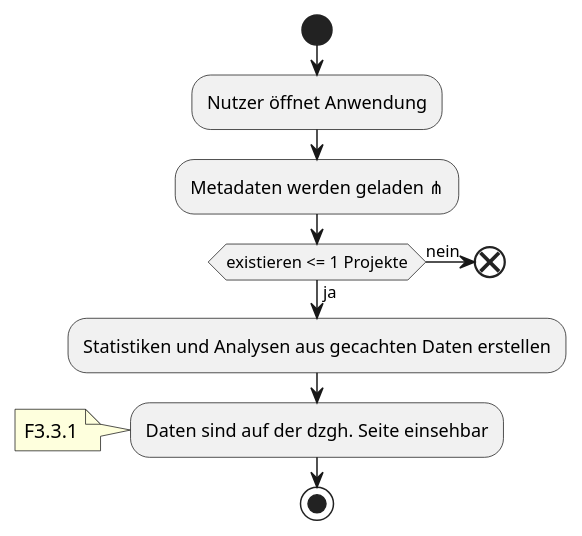
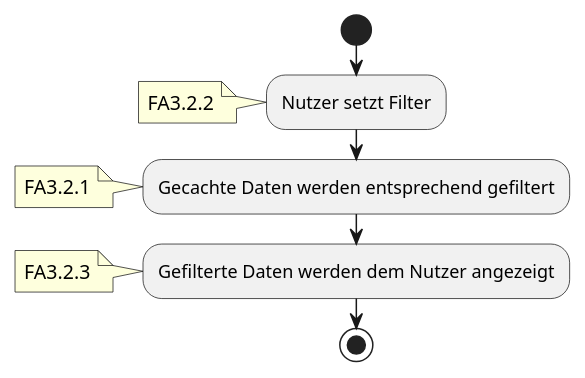
One commit to SoftwareEngineeringOne/wiki changed diagram 18 of 20 in wiki/topics/Inkremente/00/Anforderungsanalyse.md. Above: the diagram before and after it, drawn with PlantUML. The commit also changed other lines of this file, not shown here.

````diff
--- a/wiki/topics/Inkremente/00/Anforderungsanalyse.md
+++ b/wiki/topics/Inkremente/00/Anforderungsanalyse.md
@@ -587,16 +534,13 @@
 ```plantuml
 @startuml
 
 start
-:Nutzer öffnet Anwendung;
-:Metadaten werden geladen ⋔;
-if(existieren <= 1 Projekte) then(ja)
-:Statistiken und Analysen aus gecachten Daten erstellen;
-else (nein)
-end
-endif
-:Daten sind auf der dzgh. Seite einsehbar;
-note: F3.3.1
+:Nutzer setzt Filter;
+note: FA3.2.2
+:Gecachte Daten werden entsprechend gefiltert;
+note: FA3.2.1
+:Gefilterte Daten werden dem Nutzer angezeigt;
+note: FA3.2.3
 stop
 @enduml
 ```
````
